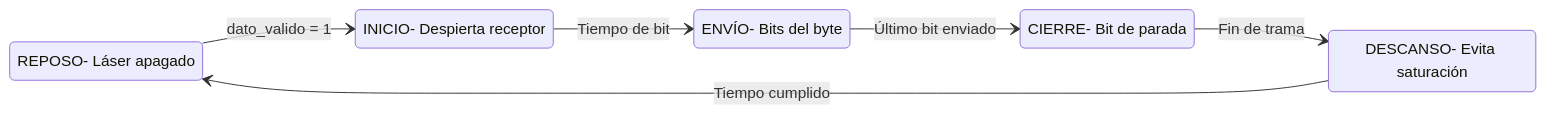
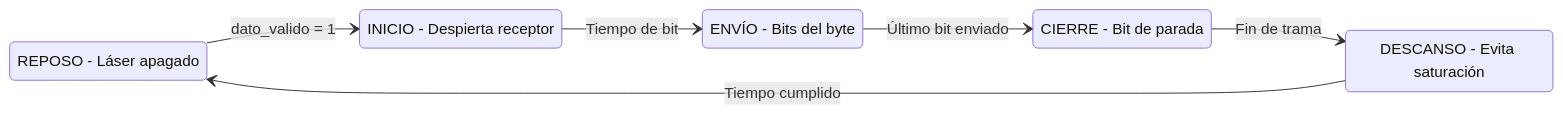
Before and after one commit to marcos0811/Enlace-ptico-Visible-Li-Fi-con-Basys-3: the third of 3 diagrams in README.md, drawn with Mermaid. The commit also changed other lines of this file, not shown here.

````diff
--- a/README.md
+++ b/README.md
@@ -100,17 +89,16 @@
 ```mermaid
+
 stateDiagram-v2
     direction LR
-
     ESPERA --> START : dato_valido = 1
     START --> DATOS : Tiempo de bit
     DATOS --> STOP : Último bit enviado
     STOP --> PAUSA : Fin de trama
     PAUSA --> ESPERA : Tiempo cumplido
 
-    ESPERA : REPOSO- Láser apagado
-    START : INICIO- Despierta receptor
-    DATOS : ENVÍO- Bits del byte
-    STOP : CIERRE- Bit de parada
-    PAUSA : DESCANSO- Evita saturación
-
+    ESPERA : REPOSO - Láser apagado
+    START : INICIO - Despierta receptor
+    DATOS : ENVÍO - Bits del byte
+    STOP : CIERRE - Bit de parada
+    PAUSA : DESCANSO - Evita saturación
 ```
````
